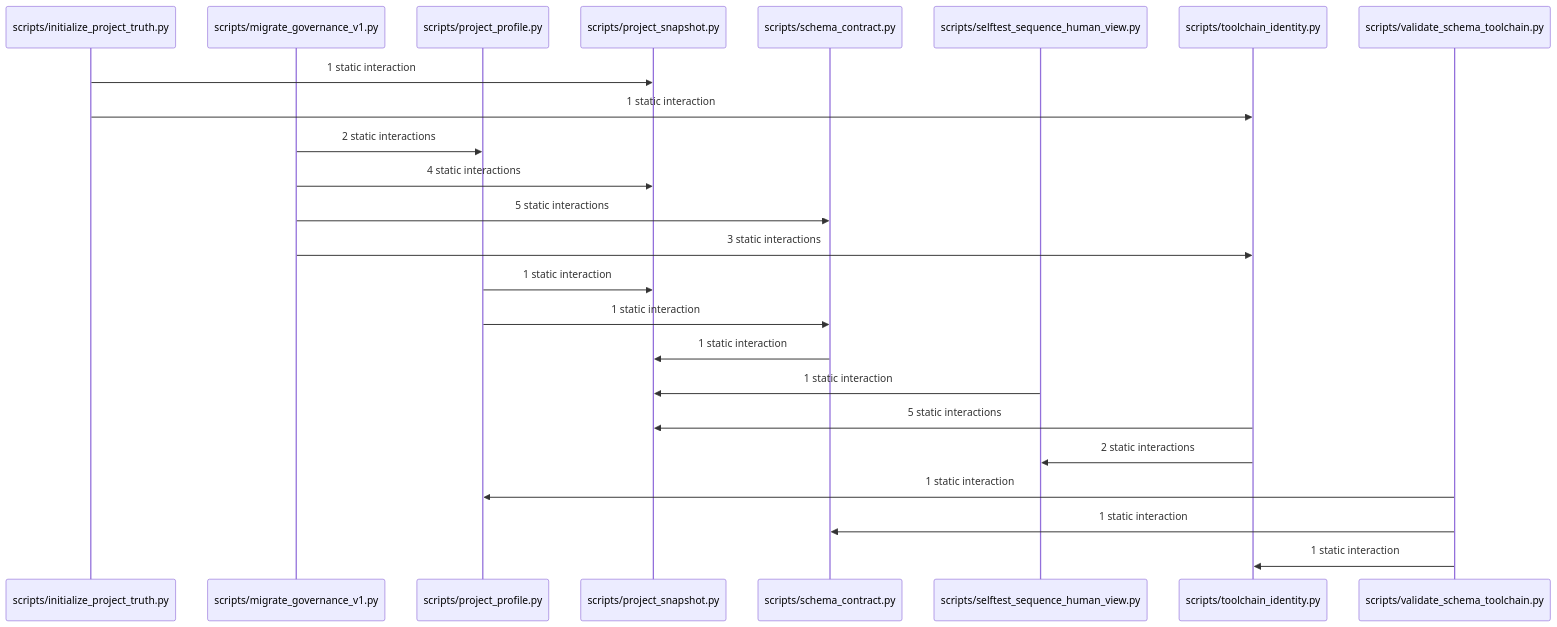
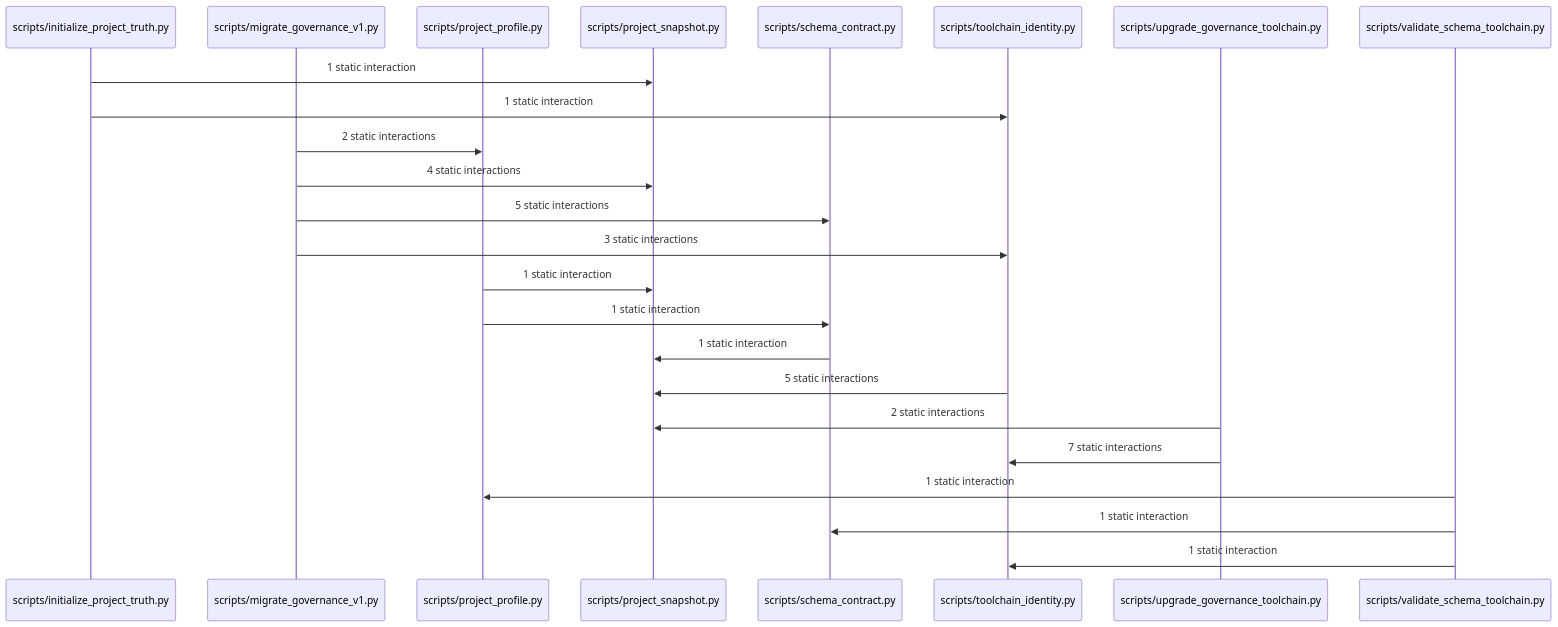
The diagram in docs/sequence/views/SW2-22-GOVERNANCE.md (maxqstudio/Skill_Workflow), drawn with Mermaid before and after one commit. The commit also changed other lines of this file and 82 other files, not shown here.

````diff
--- a/docs/sequence/views/SW2-22-GOVERNANCE.md
+++ b/docs/sequence/views/SW2-22-GOVERNANCE.md
@@ -27,26 +27,26 @@
 ```mermaid
 sequenceDiagram
     participant module_scripts_initialize_project_truth_py_0 as scripts/initialize_project_truth.py
     participant module_scripts_migrate_governance_v1_py_1 as scripts/migrate_governance_v1.py
     participant module_scripts_project_profile_py_2 as scripts/project_profile.py
     participant module_scripts_project_snapshot_py_3 as scripts/project_snapshot.py
     participant module_scripts_schema_contract_py_4 as scripts/schema_contract.py
-    participant module_scripts_selftest_sequence_human_view_py_5 as scripts/selftest_sequence_human_view.py
-    participant module_scripts_toolchain_identity_py_6 as scripts/toolchain_identity.py
+    participant module_scripts_toolchain_identity_py_5 as scripts/toolchain_identity.py
+    participant module_scripts_upgrade_governance_toolchain_py_6 as scripts/upgrade_governance_toolchain.py
     participant module_scripts_validate_schema_toolchain_py_7 as scripts/validate_schema_toolchain.py
     module_scripts_initialize_project_truth_py_0->>module_scripts_project_snapshot_py_3: 1 static interaction
-    module_scripts_initialize_project_truth_py_0->>module_scripts_toolchain_identity_py_6: 1 static interaction
+    module_scripts_initialize_project_truth_py_0->>module_scripts_toolchain_identity_py_5: 1 static interaction
     module_scripts_migrate_governance_v1_py_1->>module_scripts_project_profile_py_2: 2 static interactions
     module_scripts_migrate_governance_v1_py_1->>module_scripts_project_snapshot_py_3: 4 static interactions
     module_scripts_migrate_governance_v1_py_1->>module_scripts_schema_contract_py_4: 5 static interactions
-    module_scripts_migrate_governance_v1_py_1->>module_scripts_toolchain_identity_py_6: 3 static interactions
+    module_scripts_migrate_governance_v1_py_1->>module_scripts_toolchain_identity_py_5: 3 static interactions
     module_scripts_project_profile_py_2->>module_scripts_project_snapshot_py_3: 1 static interaction
     module_scripts_project_profile_py_2->>module_scripts_schema_contract_py_4: 1 static interaction
     module_scripts_schema_contract_py_4->>module_scripts_project_snapshot_py_3: 1 static interaction
-    module_scripts_selftest_sequence_human_view_py_5->>module_scripts_project_snapshot_py_3: 1 static interaction
-    module_scripts_toolchain_identity_py_6->>module_scripts_project_snapshot_py_3: 5 static interactions
-    module_scripts_toolchain_identity_py_6->>module_scripts_selftest_sequence_human_view_py_5: 2 static interactions
+    module_scripts_toolchain_identity_py_5->>module_scripts_project_snapshot_py_3: 5 static interactions
+    module_scripts_upgrade_governance_toolchain_py_6->>module_scripts_project_snapshot_py_3: 2 static interactions
+    module_scripts_upgrade_governance_toolchain_py_6->>module_scripts_toolchain_identity_py_5: 7 static interactions
     module_scripts_validate_schema_toolchain_py_7->>module_scripts_project_profile_py_2: 1 static interaction
     module_scripts_validate_schema_toolchain_py_7->>module_scripts_schema_contract_py_4: 1 static interaction
-    module_scripts_validate_schema_toolchain_py_7->>module_scripts_toolchain_identity_py_6: 1 static interaction
+    module_scripts_validate_schema_toolchain_py_7->>module_scripts_toolchain_identity_py_5: 1 static interaction
 ```
````
